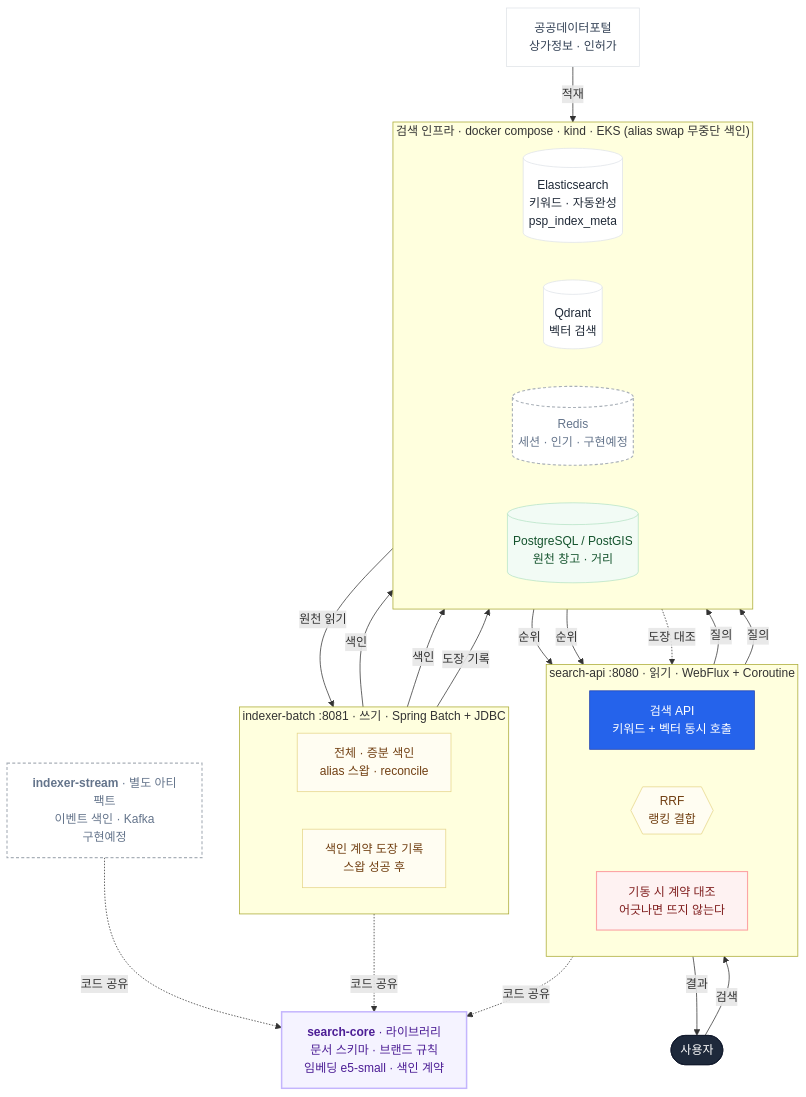
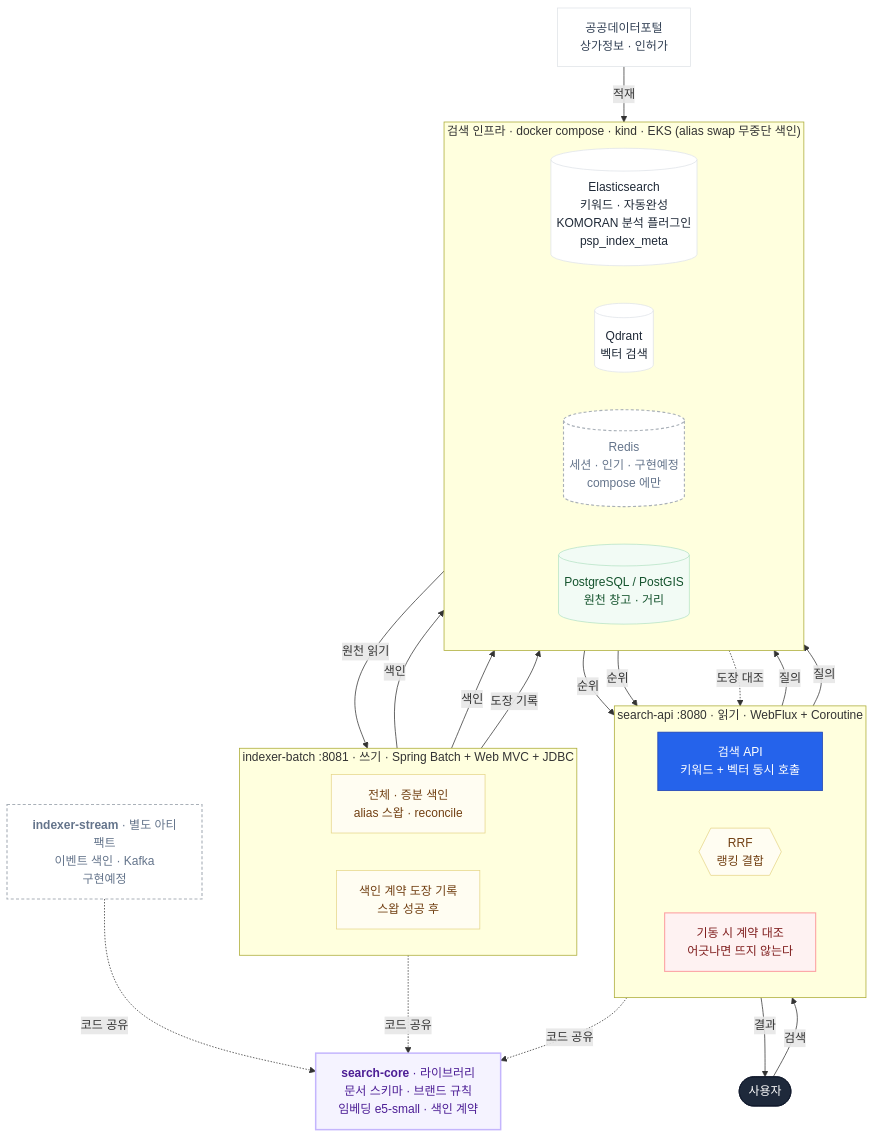
Before and after one commit to YubinShin/nearby: the diagram in docs/diagrams/architecture.mmd, drawn with Mermaid. The commit also changed 5 other files, not shown here.

First line of the commit message:
docs(diagram): 아키텍처 뷰 3건 명시

```diff
--- a/docs/diagrams/architecture.mmd
+++ b/docs/diagrams/architecture.mmd
@@ -1,68 +1,75 @@
 %% docs/diagrams/architecture.png 의 **텍스트 원본**.
 %% 실제 이미지는 로고를 넣어 따로 디자인하지만, 구조가 무엇인지는 여기 텍스트로 남겨둔다 —
 %% 그림 파일만 있으면 무엇이 왜 그렇게 그려졌는지 diff 로 추적할 수 없다.
 %% 이 파일을 고치면 PNG 도 다시 그려야 한다. 둘이 어긋나면 그림 쪽이 거짓말을 한다.
 flowchart TB
     USER([사용자]):::user
 
     subgraph SERVE["search-api :8080 · 읽기 · WebFlux + Coroutine"]
         direction LR
         API["검색 API<br/>키워드 + 벡터 동시 호출"]:::api
         RRF{{"RRF<br/>랭킹 결합"}}:::logic
         GUARD["기동 시 계약 대조<br/>어긋나면 뜨지 않는다"]:::guard
     end
 
     CORE["<b>search-core</b> · 라이브러리<br/>문서 스키마 · 브랜드 규칙<br/>임베딩 e5-small · 색인 계약"]:::core
 
     %% 색인기는 **별도 아티팩트**다 (ADR 0011). 한 상자에 묶으면 런타임 플래그로 나눈 것처럼
     %% 보이는데, 그게 정확히 이 프로젝트가 그만둔 방식이다. 그래서 서로 다른 최상위 노드로 둔다.
-    subgraph WRITE["indexer-batch :8081 · 쓰기 · Spring Batch + JDBC"]
+    %% 웹 스택을 적어두는 이유 — 질의 앱은 WebFlux, 색인 앱은 **Web MVC(Tomcat)** 다 (ADR 0013 §4).
+    %% "한 저장소니 런타임도 같겠지"로 읽히면 분리의 핵심(성격이 반대인 두 앱)이 사라진다.
+    subgraph WRITE["indexer-batch :8081 · 쓰기 · Spring Batch + Web MVC + JDBC"]
         direction LR
         BATCH["전체 · 증분 색인<br/>alias 스왑 · reconcile"]:::logic
         STAMP["색인 계약 도장 기록<br/>스왑 성공 후"]:::logic
     end
 
     STREAM["<b>indexer-stream</b> · 별도 아티팩트<br/>이벤트 색인 · Kafka<br/>구현예정"]:::planned
 
     subgraph ENGINES["검색 인프라 · docker compose · kind · EKS &lpar;alias swap 무중단 색인&rpar;"]
         direction LR
-        ES[("Elasticsearch<br/>키워드 · 자동완성<br/>psp_index_meta")]:::engine
+        %% KOMORAN 은 설정이 아니라 **별도 빌드 산출물**이다 (ADR 0008) — 루트 settings.gradle.kts 가
+        %% es-analysis-komoran 을 컴포지트 빌드로 잡고, 사전은 k8s configmap 으로 주입한다.
+        %% 엔진 한 줄로 뭉개면 "ES 기본 분석기를 쓴다"로 읽힌다.
+        ES[("Elasticsearch<br/>키워드 · 자동완성<br/>KOMORAN 분석 플러그인<br/>psp_index_meta")]:::engine
         QD[("Qdrant<br/>벡터 검색")]:::engine
-        RD[("Redis<br/>세션 · 인기 · 구현예정")]:::planned
+        %% Redis 는 이 박스의 세 환경 중 compose 에만 있다 — deploy/k8s 에 매니페스트가 없고
+        %% services 코드에 참조도 없다. 점선만으로는 "kind·EKS 에도 뜬다"로 읽히므로 못박아둔다.
+        RD[("Redis<br/>세션 · 인기 · 구현예정<br/>compose 에만")]:::planned
         PG[("PostgreSQL / PostGIS<br/>원천 창고 · 거리")]:::store
     end
 
     SRC["공공데이터포털<br/>상가정보 · 인허가"]:::src
 
     %% 코드 공유 — 런타임 호출이 아니라 같은 코드가 세 아티팩트에 들어간다.
     %% 실선으로 그리면 그림이 거짓말을 한다.
     API -. 코드 공유 .-> CORE
     BATCH -. 코드 공유 .-> CORE
     STREAM -. 코드 공유 .-> CORE
 
     USER -->|검색| API
     RRF -->|결과| USER
     API -->|질의| ES
     API -->|질의| QD
     ES -->|순위| RRF
     QD -->|순위| RRF
 
     SRC -->|적재| PG
     PG -->|원천 읽기| BATCH
     BATCH -->|색인| ES
     BATCH -->|색인| QD
 
     %% 모듈을 쪼개면서 잃은 보호를 런타임에 되찾는 경로 (ADR 0011).
     %% 색인기가 찍고 질의기가 기동 시 대조한다 — 어긋나면 조용히 틀리는 대신 시끄럽게 실패한다.
     STAMP -->|도장 기록| ES
     ES -. 도장 대조 .-> GUARD
 
     classDef user fill:#1e293b,color:#ffffff,stroke:#0f172a,stroke-width:1px;
     classDef api fill:#2563eb,color:#ffffff,stroke:#1e40af,stroke-width:1px;
     classDef core fill:#f5f3ff,color:#4c1d95,stroke:#c4b5fd,stroke-width:2px;
     classDef engine fill:#ffffff,color:#1f2937,stroke:#dfe3e8,stroke-width:1px;
     classDef store fill:#f2fbf5,color:#14532d,stroke:#b6e3c6,stroke-width:1px;
     classDef logic fill:#fffdf2,color:#713f12,stroke:#e6d68a,stroke-width:1px;
     classDef guard fill:#fef2f2,color:#7f1d1d,stroke:#fca5a5,stroke-width:1.5px;
     classDef src fill:#ffffff,color:#334155,stroke:#dfe3e8,stroke-width:1px;
     classDef planned fill:#ffffff,color:#64748b,stroke:#a9b0b8,stroke-width:1.5px,stroke-dasharray:4 3;
```
